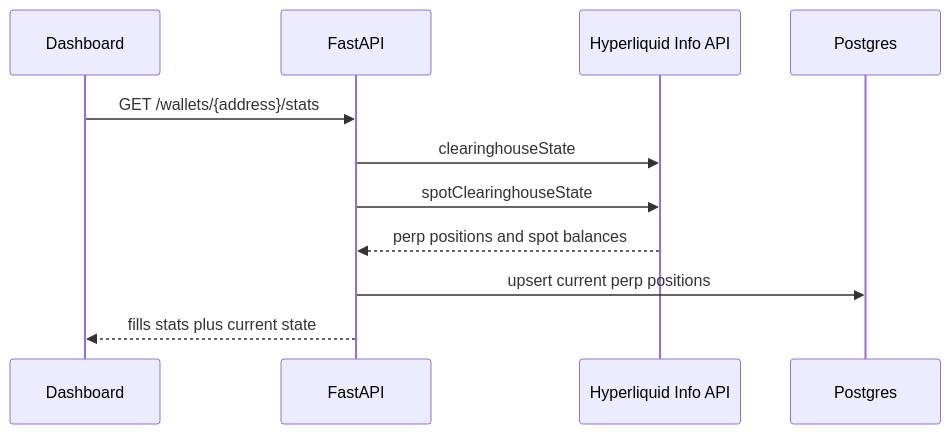
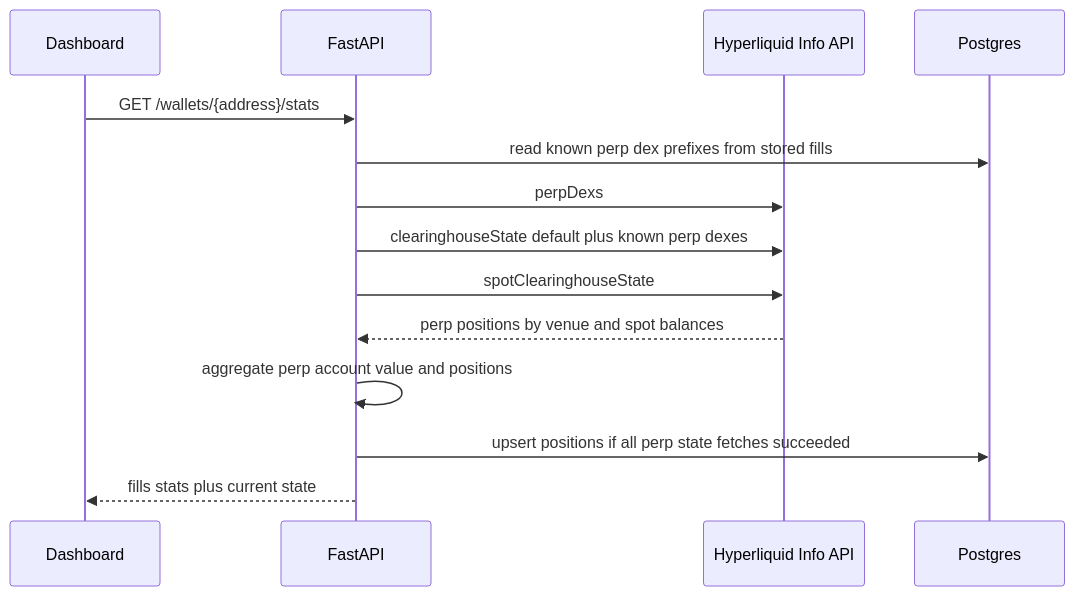
The fourth of 9 diagrams in docs/architecture.md (DrottPoker/copytrading-agent), drawn with Mermaid before and after one commit. The commit also changed other lines of this file and 7 other files, not shown here.

````diff
--- a/docs/architecture.md
+++ b/docs/architecture.md
@@ -257,14 +257,17 @@
 ```mermaid
 sequenceDiagram
   participant UI as Dashboard
   participant API as FastAPI
   participant HL as Hyperliquid Info API
   participant DB as Postgres
 
   UI->>API: GET /wallets/{address}/stats
-  API->>HL: clearinghouseState
+  API->>DB: read known perp dex prefixes from stored fills
+  API->>HL: perpDexs
+  API->>HL: clearinghouseState default plus known perp dexes
   API->>HL: spotClearinghouseState
-  HL-->>API: perp positions and spot balances
-  API->>DB: upsert current perp positions
+  HL-->>API: perp positions by venue and spot balances
+  API->>API: aggregate perp account value and positions
+  API->>DB: upsert positions if all perp state fetches succeeded
   API-->>UI: fills stats plus current state
 ```
````
